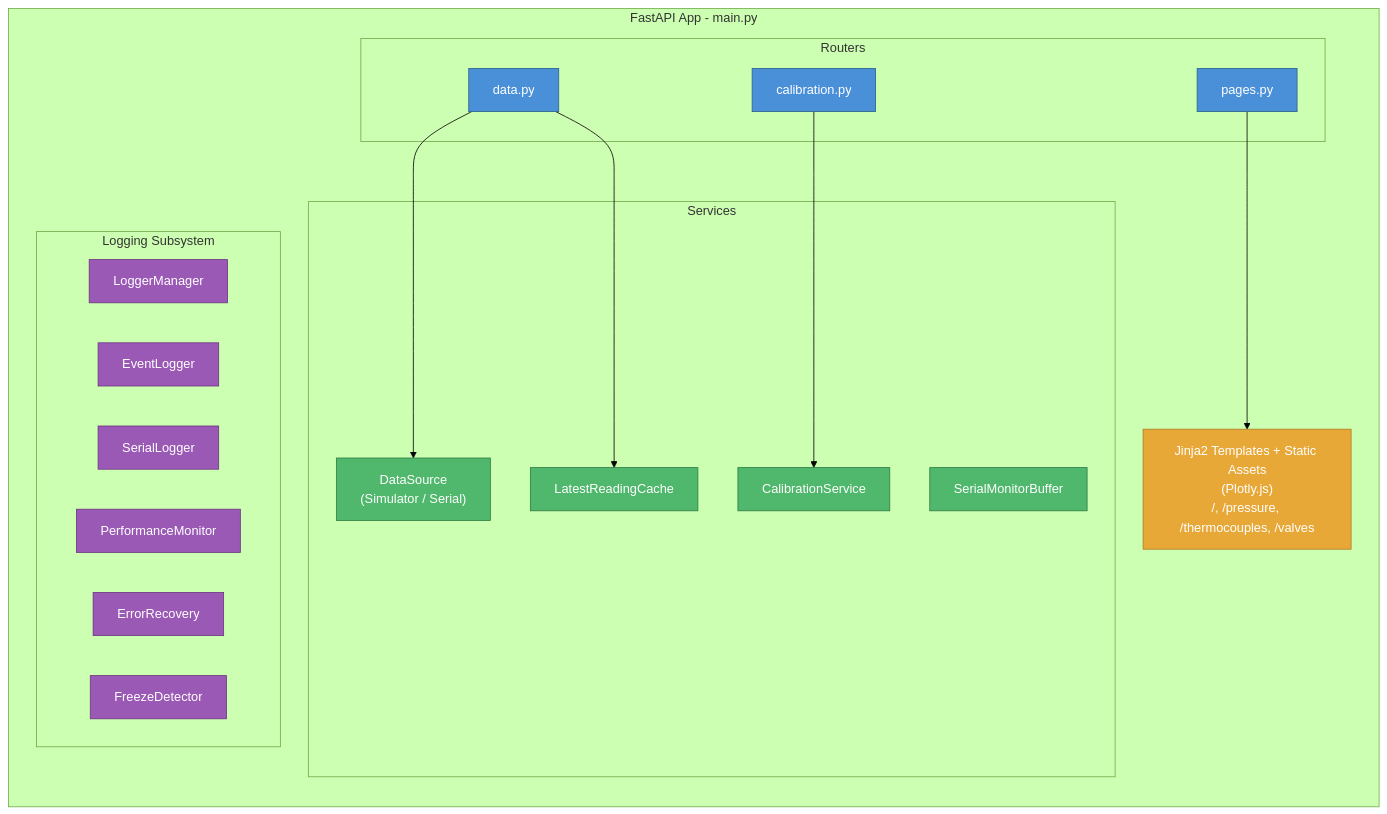
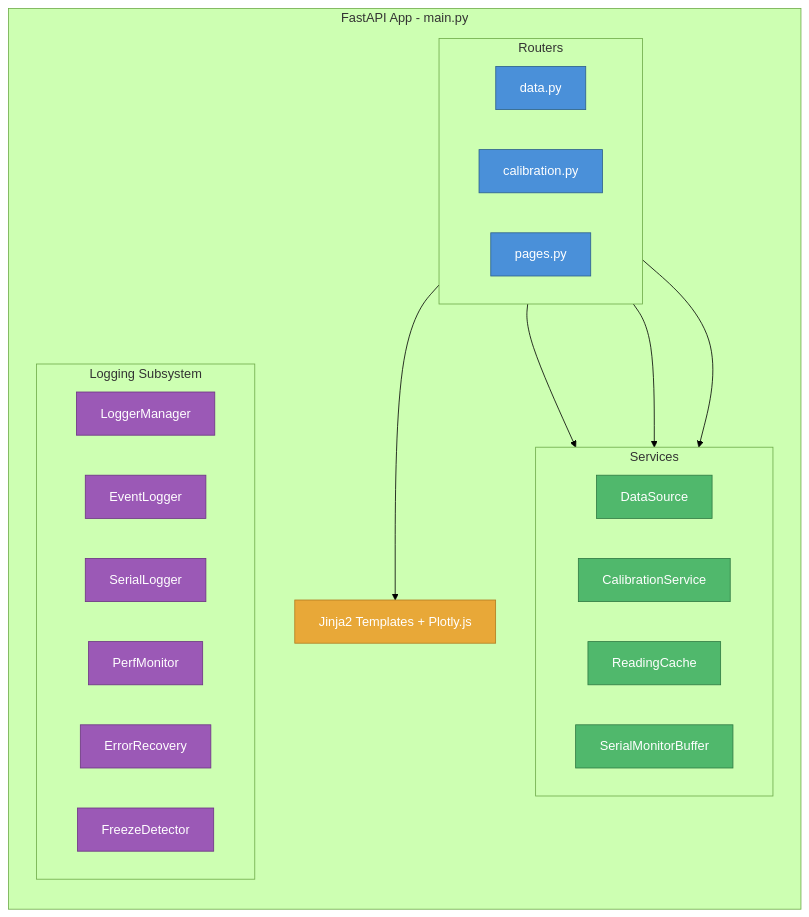
Before and after one commit to rocketproplab/rpl-blast: the second of 10 diagrams in ONBOARDING.md, drawn with Mermaid (forest theme). The commit also changed other lines of this file and 1 other file, not shown here.

````diff
--- a/ONBOARDING.md
+++ b/ONBOARDING.md
@@ -140,45 +140,48 @@
 ```mermaid
 flowchart TB
     subgraph APP["FastAPI App - main.py"]
         direction TB
 
         subgraph ROUTERS["Routers"]
+            direction LR
             R1["data.py"]
             R2["calibration.py"]
             R3["pages.py"]
         end
 
         subgraph SERVICES["Services"]
-            S1["DataSource\n(Simulator / Serial)"]
+            direction LR
+            S1["DataSource"]
             S2["CalibrationService"]
-            S3["LatestReadingCache"]
+            S3["ReadingCache"]
             S4["SerialMonitorBuffer"]
         end
 
         subgraph LOGGING["Logging Subsystem"]
+            direction LR
             L1["LoggerManager"]
             L2["EventLogger"]
             L3["SerialLogger"]
-            L4["PerformanceMonitor"]
+            L4["PerfMonitor"]
             L5["ErrorRecovery"]
             L6["FreezeDetector"]
         end
 
-        TEMPLATES["Jinja2 Templates + Static Assets\n(Plotly.js)\n/, /pressure, /thermocouples, /valves"]
+        TEMPLATES["Jinja2 Templates + Plotly.js"]
 
         R1 --> S1
         R1 --> S3
         R2 --> S2
         R3 --> TEMPLATES
     end
 
     classDef router fill:#4a90d9,stroke:#2c5f8a,color:#fff
     classDef service fill:#50b86c,stroke:#2f7a42,color:#fff
     classDef logging fill:#9b59b6,stroke:#6c3483,color:#fff
     classDef ui fill:#e8a838,stroke:#b07c20,color:#fff
 
     class R1,R2,R3 router
     class S1,S2,S3,S4 service
     class L1,L2,L3,L4,L5,L6 logging
     class TEMPLATES ui
 ```
````
